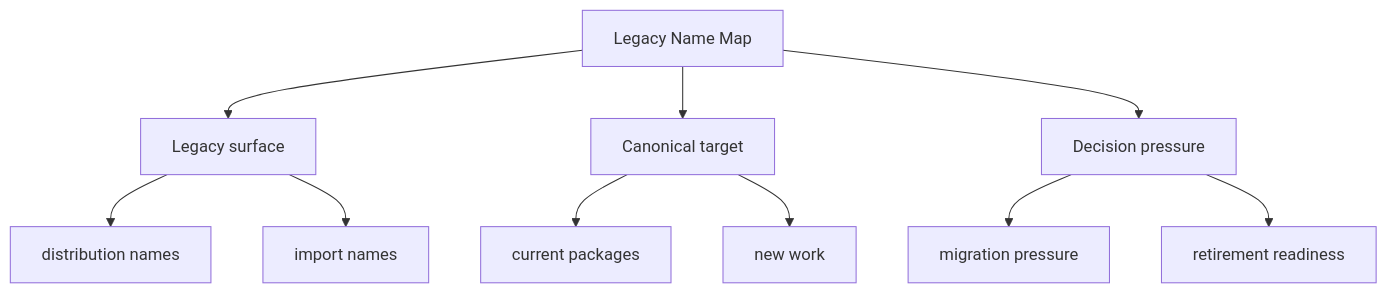
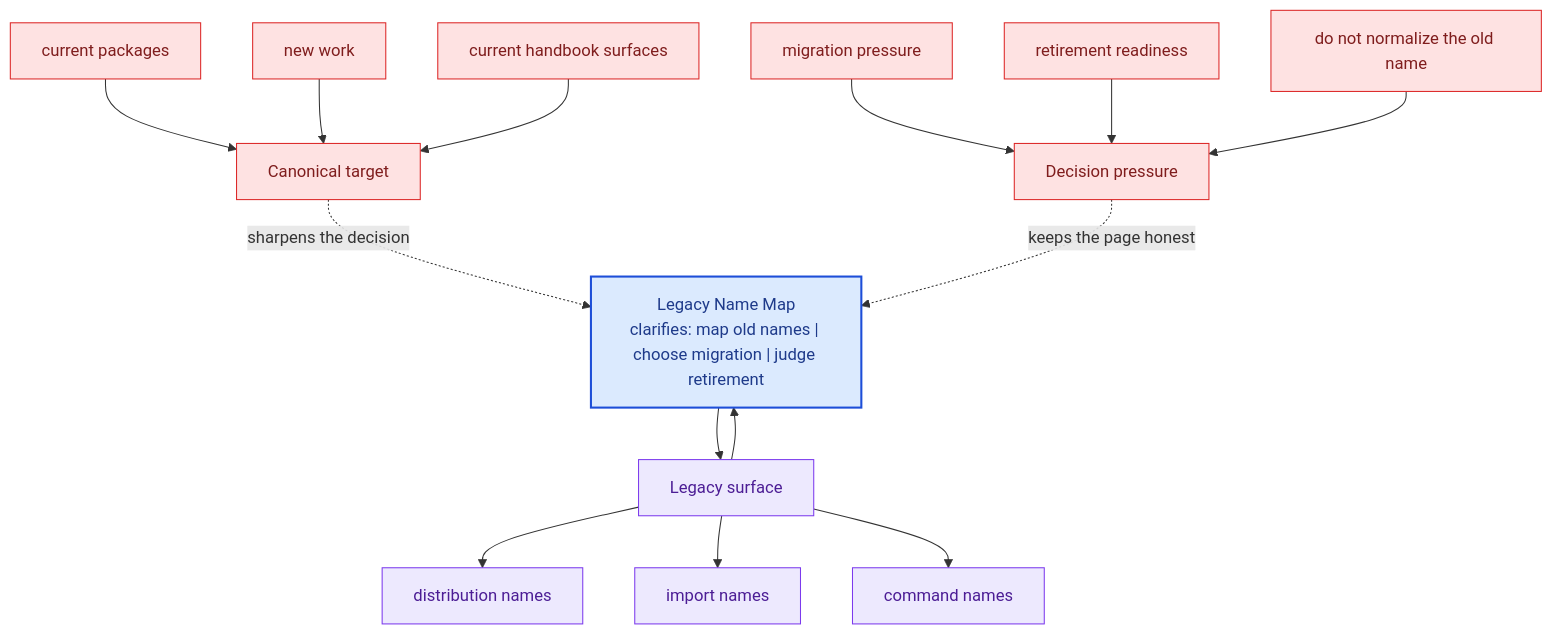
Before and after one commit to bijux/bijux-canon: the second of 2 diagrams in docs/compat-packages/legacy-name-map.md, drawn with Mermaid. The commit also changed other lines of this file and 281 other files, not shown here.

Commit message:
docs(diagrams): deepen handbook mermaid maps across the catalog

````diff
--- a/docs/compat-packages/legacy-name-map.md
+++ b/docs/compat-packages/legacy-name-map.md
@@ -34,22 +67,40 @@
 ```mermaid
-flowchart TD
-    page["Legacy Name Map"]
+flowchart TB
+    promise["Legacy Name Map<br/>clarifies: map old names | choose migration | judge retirement"]
+    classDef promise fill:#dbeafe,stroke:#1d4ed8,color:#1e3a8a,stroke-width:2px;
+    classDef driver fill:#dcfce7,stroke:#16a34a,color:#14532d;
+    classDef constraint fill:#fee2e2,stroke:#dc2626,color:#7f1d1d;
+    classDef ground fill:#ede9fe,stroke:#7c3aed,color:#4c1d95;
     focus1["Legacy surface"]
-    page --> focus1
+    focus1 --> promise
+    promise --> focus1
     focus1_1["distribution names"]
     focus1 --> focus1_1
     focus1_2["import names"]
     focus1 --> focus1_2
+    focus1_3["command names"]
+    focus1 --> focus1_3
+    class focus1 ground;
+    class focus1_1,focus1_2,focus1_3 ground;
     focus2["Canonical target"]
-    page --> focus2
+    focus2 -.sharpens the decision.-> promise
     focus2_1["current packages"]
-    focus2 --> focus2_1
+    focus2_1 --> focus2
     focus2_2["new work"]
-    focus2 --> focus2_2
+    focus2_2 --> focus2
+    focus2_3["current handbook surfaces"]
+    focus2_3 --> focus2
+    class focus2 constraint;
+    class focus2_1,focus2_2,focus2_3 constraint;
     focus3["Decision pressure"]
-    page --> focus3
+    focus3 -.keeps the page honest.-> promise
     focus3_1["migration pressure"]
-    focus3 --> focus3_1
+    focus3_1 --> focus3
     focus3_2["retirement readiness"]
-    focus3 --> focus3_2
+    focus3_2 --> focus3
+    focus3_3["do not normalize the old name"]
+    focus3_3 --> focus3
+    class focus3 constraint;
+    class focus3_1,focus3_2,focus3_3 constraint;
+    class promise promise;
 ```
````
